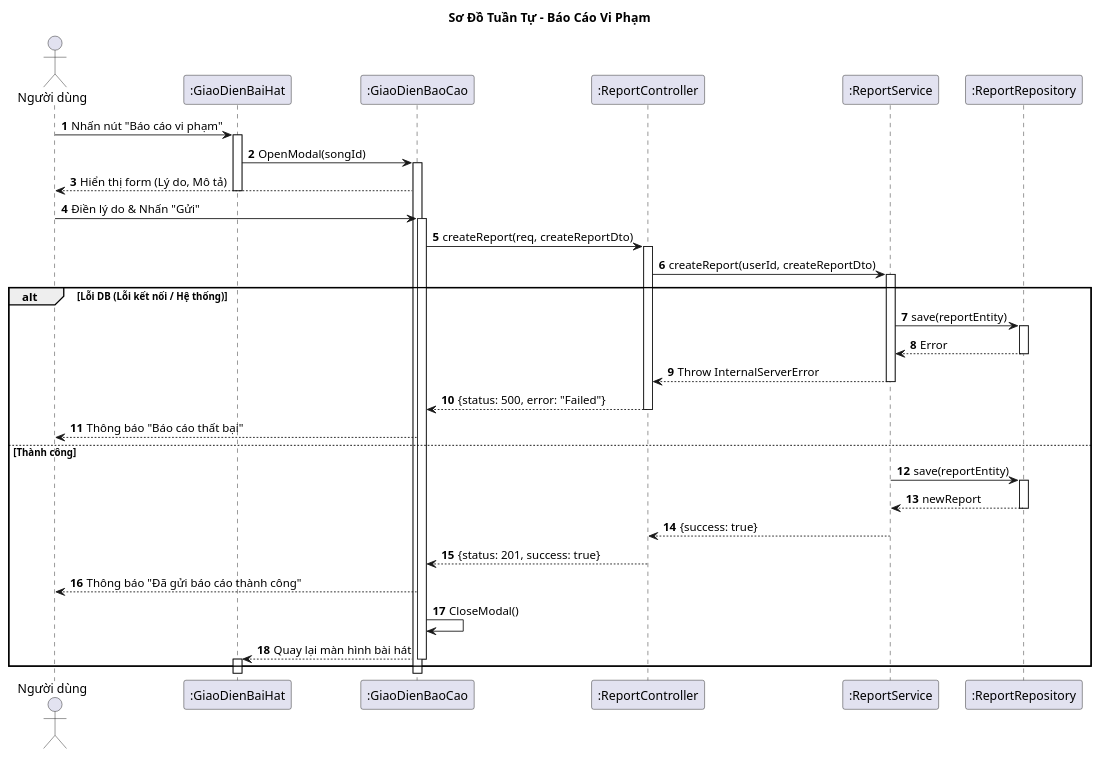
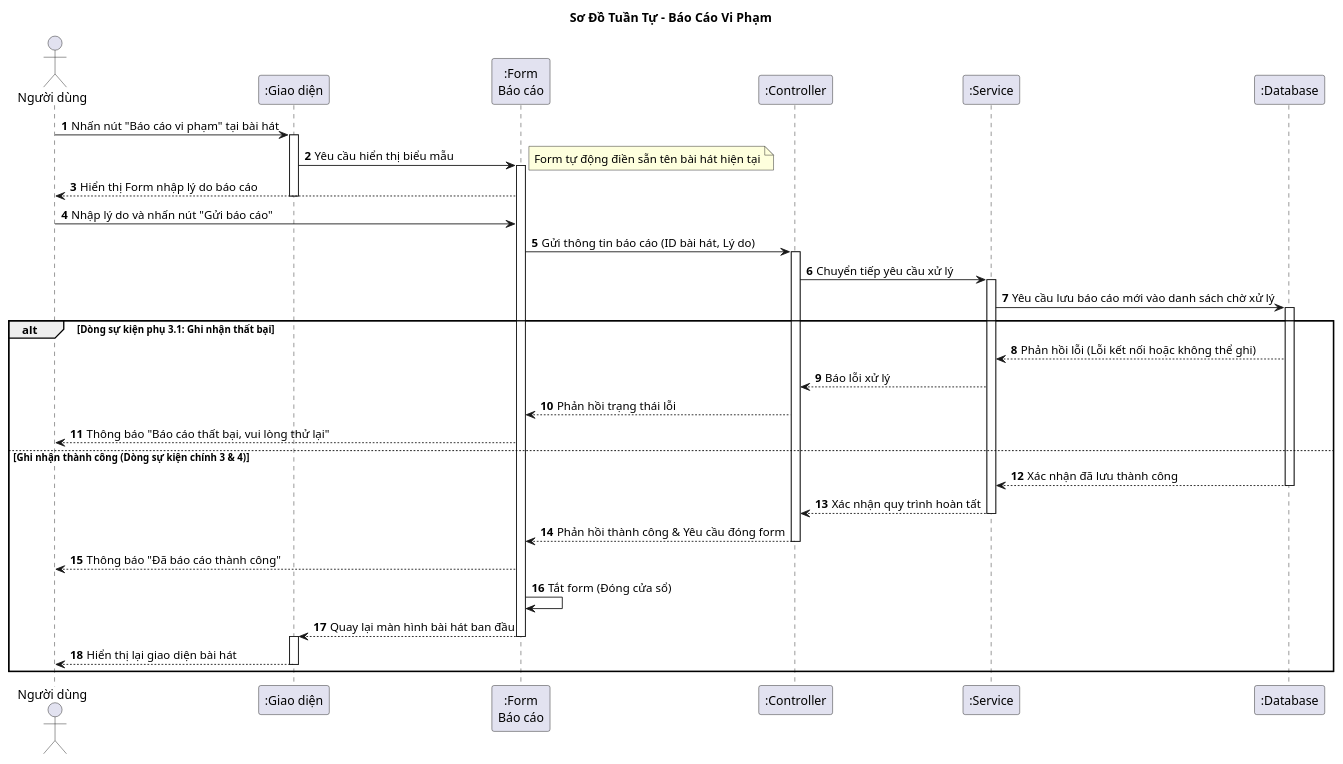
One commit to vinh047/soundwave changed the diagram in Diagrams/SequenceDiagram/ReportSD.plantuml. Above: the diagram before and after it, drawn with PlantUML. The commit also changed 37 other files, not shown here.

Commit message:
Sừa BFD, Usecase, Đặc tả, Sequence, Class

```diff
--- a/Diagrams/SequenceDiagram/ReportSD.plantuml
+++ b/Diagrams/SequenceDiagram/ReportSD.plantuml
@@ -1,69 +1,69 @@
-@startuml Sequence Diagram - Báo Cáo Vi Phạm
+@startuml Sequence Diagram - Báo Cáo Vi Phạm (Thông điệp)
 
 title Sơ Đồ Tuần Tự - Báo Cáo Vi Phạm
 
 actor "Người dùng" as User
-participant ":GiaoDienBaiHat" as SongUI
-participant ":GiaoDienBaoCao" as ReportUI
-participant ":ReportController" as Controller
-participant ":ReportService" as Service
-participant ":ReportRepository" as DB
+participant ":Giao diện" as SongUI
+participant ":Form\nBáo cáo" as ReportUI
+participant ":Controller" as Controller
+participant ":Service" as Service
+participant ":Database" as DB
 
 autonumber
 
-' === BƯỚC 1: HIỂN THỊ FORM ===
-User -> SongUI: Nhấn nút "Báo cáo vi phạm"
+' === BƯỚC 1: HIỂN THỊ FORM (Dòng sự kiện chính 1) ===
+User -> SongUI: Nhấn nút "Báo cáo vi phạm" tại bài hát
 activate SongUI
-SongUI -> ReportUI: OpenModal(songId)
+
+SongUI -> ReportUI: Yêu cầu hiển thị biểu mẫu
 activate ReportUI
-ReportUI --> User: Hiển thị form (Lý do, Mô tả)
+note right: Form tự động điền sẵn tên bài hát hiện tại
+
+ReportUI --> User: Hiển thị Form nhập lý do báo cáo
 deactivate SongUI
 
-' === BƯỚC 2: GỬI BÁO CÁO ===
-User -> ReportUI: Điền lý do & Nhấn "Gửi"
-activate ReportUI
+' === BƯỚC 2: NGƯỜI DÙNG GỬI BÁO CÁO (Dòng sự kiện chính 2) ===
+User -> ReportUI: Nhập lý do và nhấn nút "Gửi báo cáo"
 
-' Dùng DTO để gói dữ liệu
-ReportUI -> Controller: createReport(req, createReportDto)
+ReportUI -> Controller: Gửi thông tin báo cáo (ID bài hát, Lý do)
 activate Controller
-
-' Lấy userId từ req.user (AuthGuard đã check account not locked)
-Controller -> Service: createReport(userId, createReportDto)
+Controller -> Service: Chuyển tiếp yêu cầu xử lý
 activate Service
 
-' === BƯỚC 3: GHI DATABASE ===
-alt Lỗi DB (Lỗi kết nối / Hệ thống)
-    Service -> DB: save(reportEntity)
-    activate DB
-    DB --> Service: Error
+' === BƯỚC 3: GHI NHẬN VÀO CSDL (Dòng sự kiện chính 3) ===
+Service -> DB: Yêu cầu lưu báo cáo mới vào danh sách chờ xử lý
+activate DB
+
+alt Dòng sự kiện phụ 3.1: Ghi nhận thất bại
+    DB --> Service: Phản hồi lỗi (Lỗi kết nối hoặc không thể ghi)
+    Service --> Controller: Báo lỗi xử lý
+    Controller --> ReportUI: Phản hồi trạng thái lỗi
+    
+    ReportUI --> User: Thông báo "Báo cáo thất bại, vui lòng thử lại"
+    ' (Form vẫn mở để người dùng thử lại)
+
+else Ghi nhận thành công (Dòng sự kiện chính 3 & 4)
+    DB --> Service: Xác nhận đã lưu thành công
     deactivate DB
     
-    Service --> Controller: Throw InternalServerError
+    Service --> Controller: Xác nhận quy trình hoàn tất
     deactivate Service
-    Controller --> ReportUI: {status: 500, error: "Failed"}
+    
+    Controller --> ReportUI: Phản hồi thành công & Yêu cầu đóng form
     deactivate Controller
     
-    ReportUI --> User: Thông báo "Báo cáo thất bại"
-
-else Thành công
-    Service -> DB: save(reportEntity)
-    activate DB
-    DB --> Service: newReport
-    deactivate DB
+    ' === BƯỚC 4: THÔNG BÁO ===
+    ReportUI --> User: Thông báo "Đã báo cáo thành công"
     
-    Service --> Controller: {success: true}
-    deactivate Service
+    ' === BƯỚC 5: TẮT FORM (Dòng sự kiện chính 5) ===
+    ReportUI -> ReportUI: Tắt form (Đóng cửa sổ)
     
-    Controller --> ReportUI: {status: 201, success: true}
-    deactivate Controller
-    
-    ' === BƯỚC 4 & 5: THÔNG BÁO & ĐÓNG ===
-    ReportUI --> User: Thông báo "Đã gửi báo cáo thành công"
-    
-    ReportUI -> ReportUI: CloseModal()
-    ReportUI --> SongUI: Quay lại màn hình bài hát
+    ReportUI --> SongUI: Quay lại màn hình bài hát ban đầu
     deactivate ReportUI
     activate SongUI
+    
+    SongUI --> User: Hiển thị lại giao diện bài hát
     deactivate SongUI
 end
+
 @enduml
```
